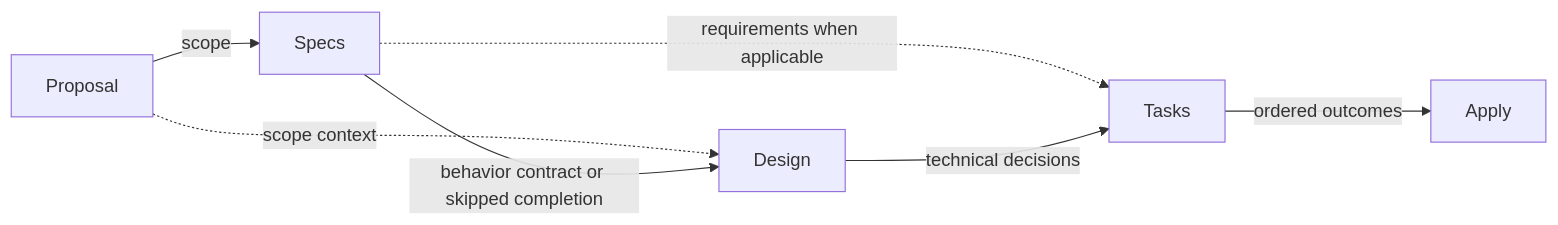
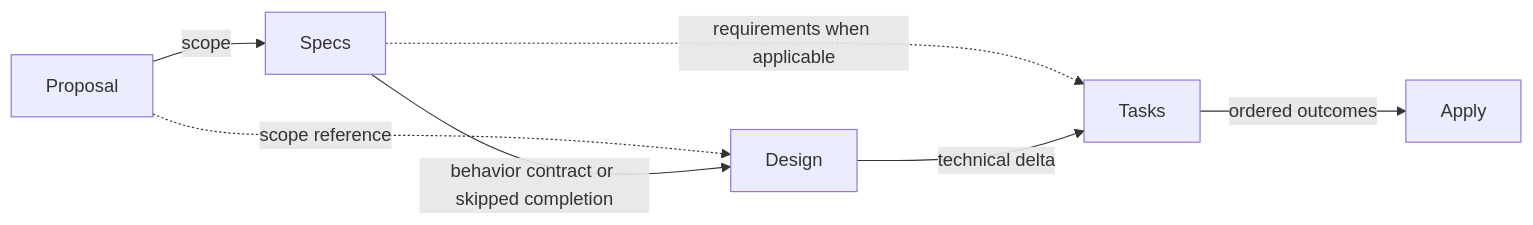
The diagram in openspec/schemas/spec-driven-tdd/docs/architecture.md (mols3131d/hmda-data-reliability), drawn with Mermaid before and after one commit. The commit also changed other lines of this file, not shown here.

Commit message:
docs(openspec): design ownership test 추가

````diff
--- a/openspec/schemas/spec-driven-tdd/docs/architecture.md
+++ b/openspec/schemas/spec-driven-tdd/docs/architecture.md
@@ -9,9 +9,9 @@
 ```mermaid
 flowchart LR
     proposal["Proposal"] -->|scope| specs["Specs"]
-    proposal -.->|scope context| design["Design"]
+    proposal -.->|scope reference| design["Design"]
     specs -->|behavior contract or skipped completion| design
     specs -.->|requirements when applicable| tasks["Tasks"]
-    design -->|technical decisions| tasks
+    design -->|technical delta| tasks
     tasks -->|ordered outcomes| apply["Apply"]
 ```
````
